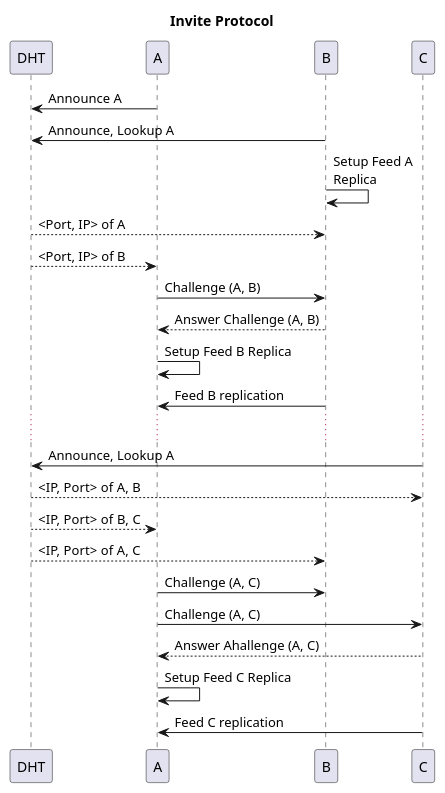
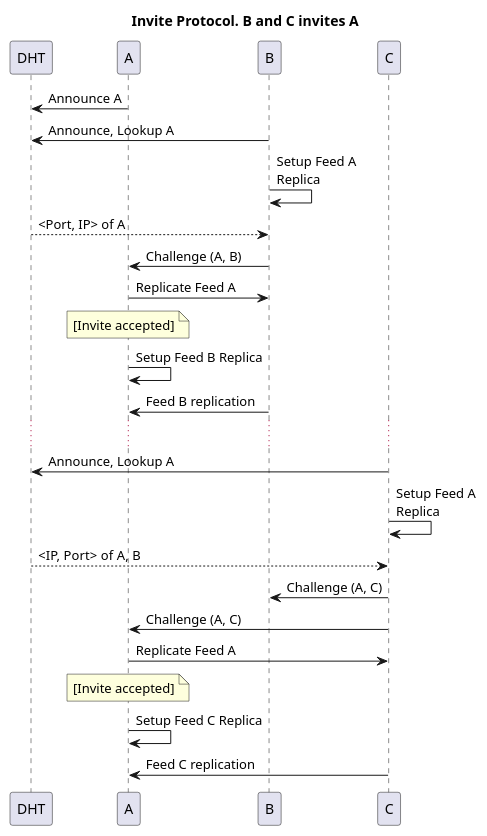
One commit to agisboye/hyperchat changed the diagram in UMLs/InviteProtocol.wsd. Above: the diagram before and after it, drawn with PlantUML.

Commit message:
update UML invite protocol

```diff
--- a/UMLs/InviteProtocol.wsd
+++ b/UMLs/InviteProtocol.wsd
@@ -1,31 +1,30 @@
 @startuml
-title: Invite Protocol
+title: Invite Protocol. B and C invites A
 
 participant DHT order 10
 participant A order 20 
 participant B order 30
 participant C order 40
-participant C 
 
 A -> DHT: Announce A
 B -> DHT: Announce, Lookup A
 B -> B: Setup Feed A \nReplica
 DHT --> B: <Port, IP> of A
-DHT --> A: <Port, IP> of B
-A -> B: Challenge (A, B)
-B --> A: Answer Challenge (A, B)
+B -> A: Challenge (A, B)
+A -> B: Replicate Feed A
+note over A: [Invite accepted]
 A -> A: Setup Feed B Replica
 B -> A: Feed B replication
 
 ...
 C -> DHT: Announce, Lookup A
+C -> C: Setup Feed A \nReplica
 DHT --> C: <IP, Port> of A, B
-DHT --> A: <IP, Port> of B, C
-DHT --> B: <IP, Port> of A, C
-A -> B: Challenge (A, C)
-A -> C: Challenge (A, C)
-C --> A: Answer Ahallenge (A, C)
+C -> B: Challenge (A, C)
+C -> A: Challenge (A, C)
+A -> C: Replicate Feed A
+note over A: [Invite accepted]
 A -> A: Setup Feed C Replica
 C -> A: Feed C replication
 
 @enduml
```
